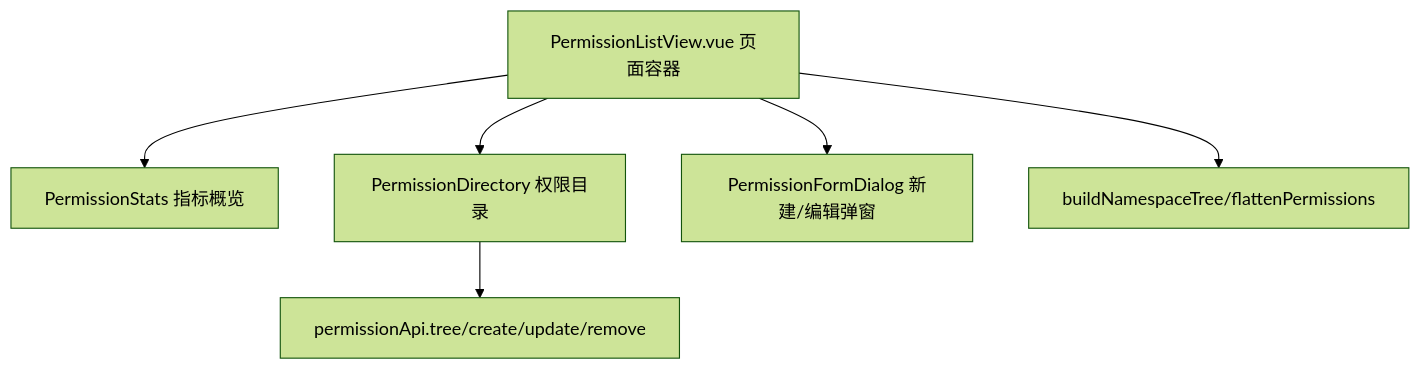
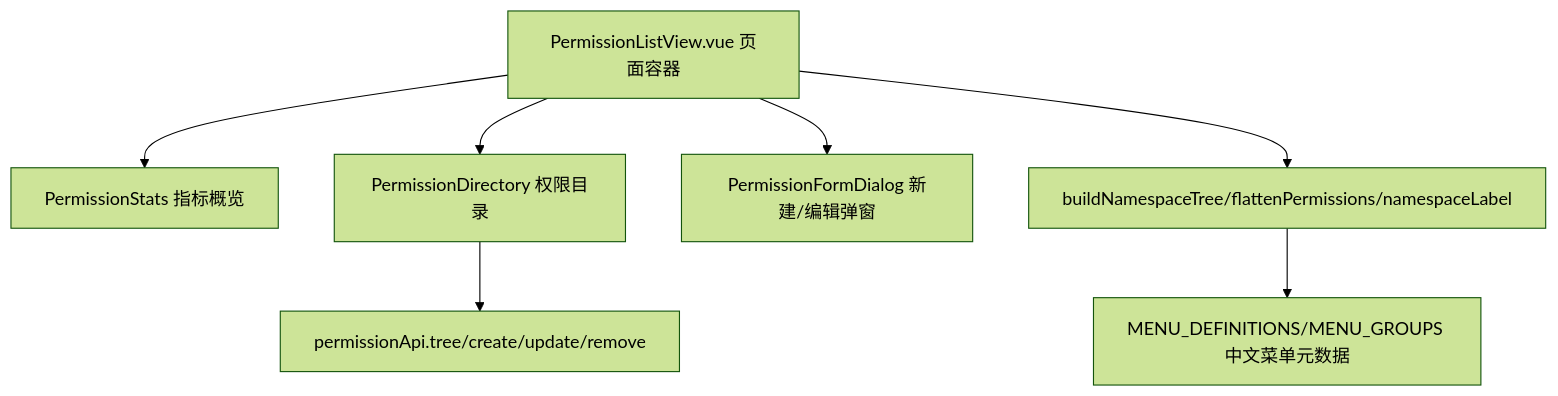
The sixth of 6 diagrams in docs/rbac.md (yiting001/E-sports-01), drawn with Mermaid (forest theme) before and after one commit. The commit also changed other lines of this file and 19 other files, not shown here.

````diff
--- a/docs/rbac.md
+++ b/docs/rbac.md
@@ -211,8 +212,9 @@
 ```mermaid
 flowchart TD
   Page["PermissionListView.vue 页面容器"] --> Stats["PermissionStats 指标概览"]
   Page --> Directory["PermissionDirectory 权限目录"]
   Page --> FormDialog["PermissionFormDialog 新建/编辑弹窗"]
-  Page --> TreeUtil["buildNamespaceTree/flattenPermissions"]
+  Page --> TreeUtil["buildNamespaceTree/flattenPermissions/namespaceLabel"]
+  TreeUtil --> MenuMeta["MENU_DEFINITIONS/MENU_GROUPS 中文菜单元数据"]
   Directory --> PermissionApi["permissionApi.tree/create/update/remove"]
 ```
````
